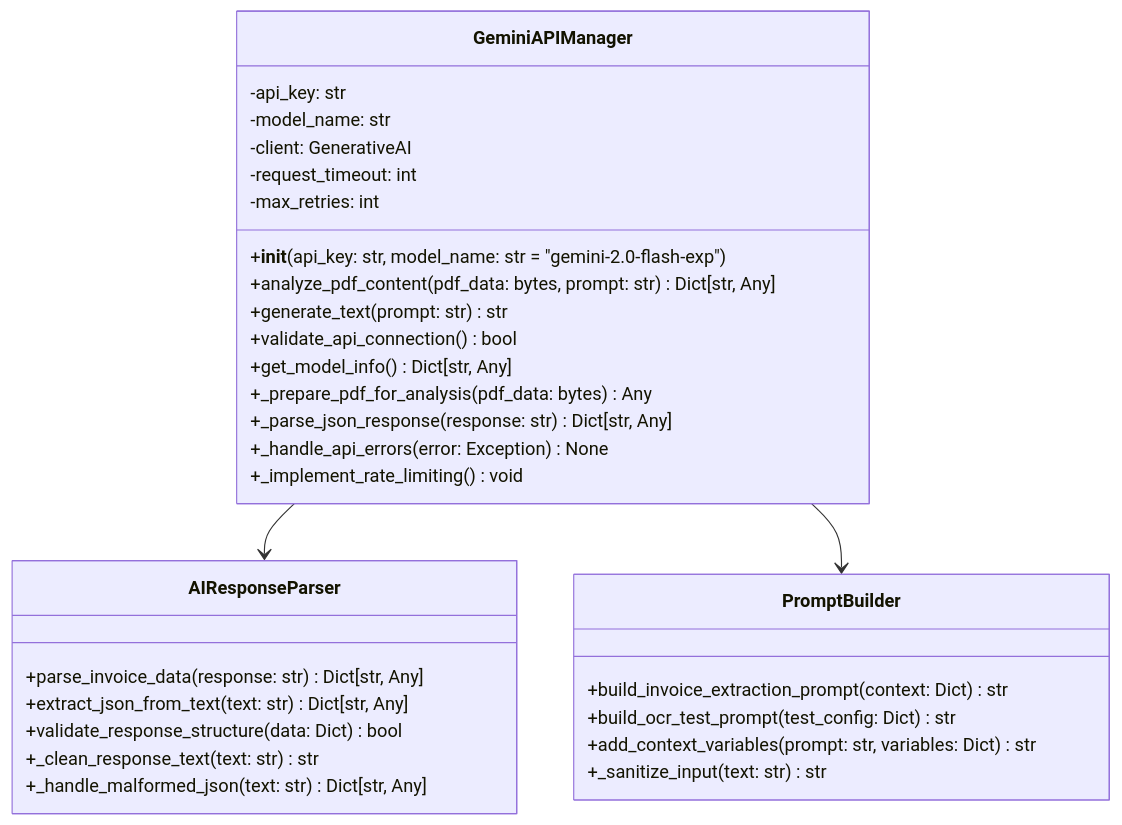
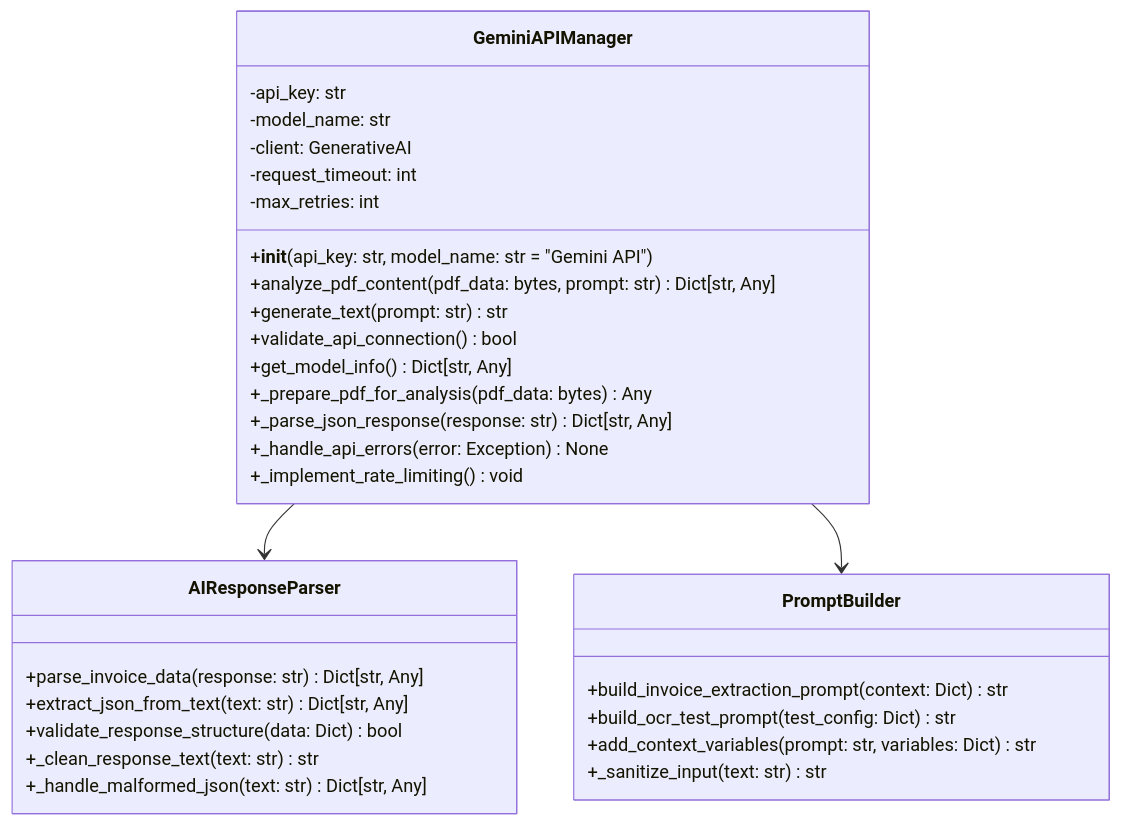
The seventh of 18 diagrams in docs/21_クラス図.md (gucchon001/invoice-processing-system), drawn with Mermaid before and after one commit. The commit also changed other lines of this file and 13 other files, not shown here.

````diff
--- a/docs/21_クラス図.md
+++ b/docs/21_クラス図.md
@@ -481,38 +501,38 @@
 ```mermaid
 classDiagram
     class GeminiAPIManager {
         -api_key: str
         -model_name: str
         -client: GenerativeAI
         -request_timeout: int
         -max_retries: int
         
-        +__init__(api_key: str, model_name: str = "gemini-2.0-flash-exp")
+        +__init__(api_key: str, model_name: str = "Gemini API")
         +analyze_pdf_content(pdf_data: bytes, prompt: str) Dict[str, Any]
         +generate_text(prompt: str) str
         +validate_api_connection() bool
         +get_model_info() Dict[str, Any]
         +_prepare_pdf_for_analysis(pdf_data: bytes) Any
         +_parse_json_response(response: str) Dict[str, Any]
         +_handle_api_errors(error: Exception) None
         +_implement_rate_limiting() void
     }
     
     class AIResponseParser {
         +parse_invoice_data(response: str) Dict[str, Any]
         +extract_json_from_text(text: str) Dict[str, Any]
         +validate_response_structure(data: Dict) bool
         +_clean_response_text(text: str) str
         +_handle_malformed_json(text: str) Dict[str, Any]
     }
     
     class PromptBuilder {
         +build_invoice_extraction_prompt(context: Dict) str
         +build_ocr_test_prompt(test_config: Dict) str
         +add_context_variables(prompt: str, variables: Dict) str
         +_sanitize_input(text: str) str
     }
     
     GeminiAPIManager --> AIResponseParser
     GeminiAPIManager --> PromptBuilder
 ```
````
